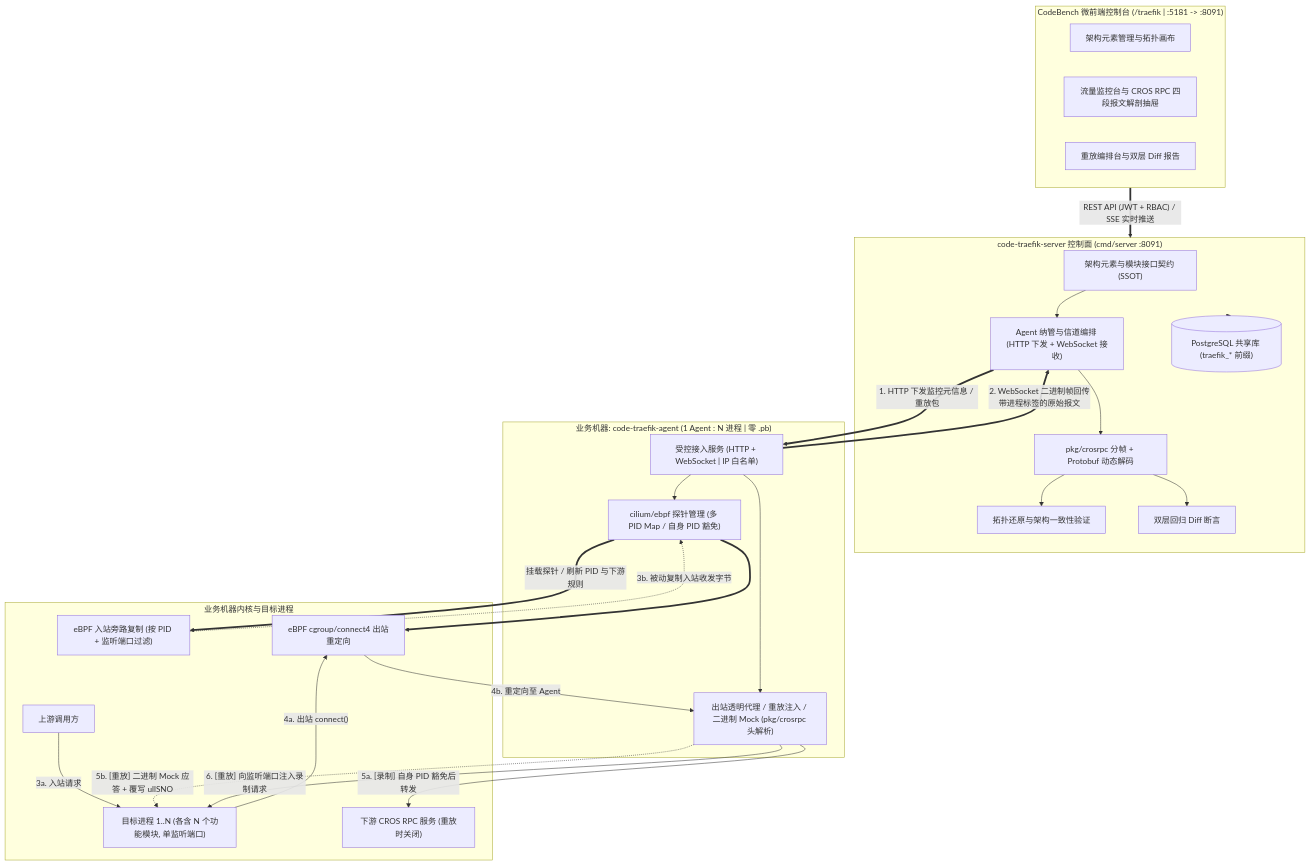
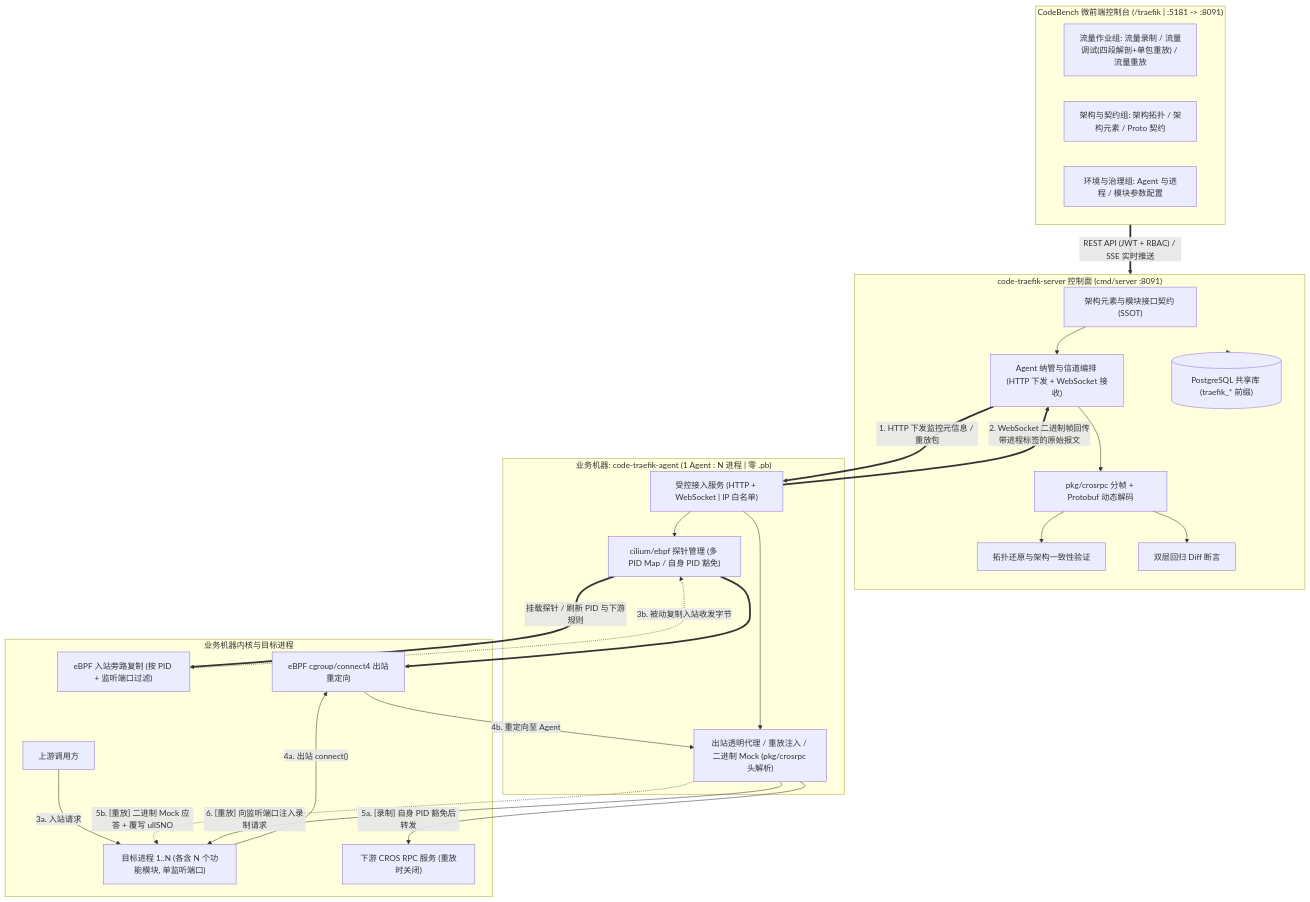
The first of 2 diagrams in docs/01-features/01-feature-matrix.md (fugui/code-traefik), drawn with Mermaid before and after one commit. The commit also changed other lines of this file and 6 other files, not shown here.

````diff
--- a/docs/01-features/01-feature-matrix.md
+++ b/docs/01-features/01-feature-matrix.md
@@ -73,52 +74,52 @@
 ```mermaid
 flowchart TB
     subgraph Portal["CodeBench 微前端控制台 (/traefik | :5181 -> :8091)"]
-        UI_Arch["架构元素管理与拓扑画布"]
-        UI_Monitor["流量监控台与 CROS RPC 四段报文解剖抽屉"]
-        UI_Replay["重放编排台与双层 Diff 报告"]
+        UI_Flow["流量作业组: 流量录制 / 流量调试(四段解剖+单包重放) / 流量重放"]
+        UI_Arch["架构与契约组: 架构拓扑 / 架构元素 / Proto 契约"]
+        UI_Env["环境与治理组: Agent 与进程 / 模块参数配置"]
     end
 
     subgraph ControlPlane["code-traefik-server 控制面 (cmd/server :8091)"]
         Arch_Mgr["架构元素与模块接口契约 (SSOT)"]
         Agent_Hub["Agent 纳管与信道编排 (HTTP 下发 + WebSocket 接收)"]
         Decoder["pkg/crosrpc 分帧 + Protobuf 动态解码"]
         Topo_Eng["拓扑还原与架构一致性验证"]
         Diff_Eng["双层回归 Diff 断言"]
         Store[("PostgreSQL 共享库 (traefik_* 前缀)")]
     end
 
     subgraph DataPlane["业务机器: code-traefik-agent (1 Agent : N 进程 | 零 .pb)"]
         Agent_Srv["受控接入服务 (HTTP + WebSocket | IP 白名单)"]
         EBPF_Mgr["cilium/ebpf 探针管理 (多 PID Map / 自身 PID 豁免)"]
         Proxy["出站透明代理 / 重放注入 / 二进制 Mock (pkg/crosrpc 头解析)"]
     end
 
     subgraph BizHost["业务机器内核与目标进程"]
         Ingress_Hook["eBPF 入站旁路复制 (按 PID + 监听端口过滤)"]
         Connect_Hook["eBPF cgroup/connect4 出站重定向"]
         TargetProc["目标进程 1..N (各含 N 个功能模块, 单监听端口)"]
         Client["上游调用方"]
         Downstream["下游 CROS RPC 服务 (重放时关闭)"]
     end
 
     Portal == "REST API (JWT + RBAC) / SSE 实时推送" ==> ControlPlane
     Arch_Mgr --> Agent_Hub
     Agent_Hub --> Decoder --> Topo_Eng
     Decoder --> Diff_Eng
     ControlPlane --> Store
 
     Agent_Hub == "1. HTTP 下发监控元信息 / 重放包" ==> Agent_Srv
     Agent_Srv == "2. WebSocket 二进制帧回传带进程标签的原始报文" ==> Agent_Hub
     Agent_Srv --> EBPF_Mgr
     Agent_Srv --> Proxy
     EBPF_Mgr == "挂载探针 / 刷新 PID 与下游规则" ==> Ingress_Hook
     EBPF_Mgr ==> Connect_Hook
 
     Client -- "3a. 入站请求" --> TargetProc
     Ingress_Hook -. "3b. 被动复制入站收发字节" .-> EBPF_Mgr
     TargetProc -- "4a. 出站 connect()" --> Connect_Hook
     Connect_Hook -- "4b. 重定向至 Agent" --> Proxy
     Proxy -- "5a. [录制] 自身 PID 豁免后转发" --> Downstream
     Proxy -. "5b. [重放] 二进制 Mock 应答 + 覆写 ullSNO" .-> TargetProc
     Proxy -- "6. [重放] 向监听端口注入录制请求" --> TargetProc
 ```
````
